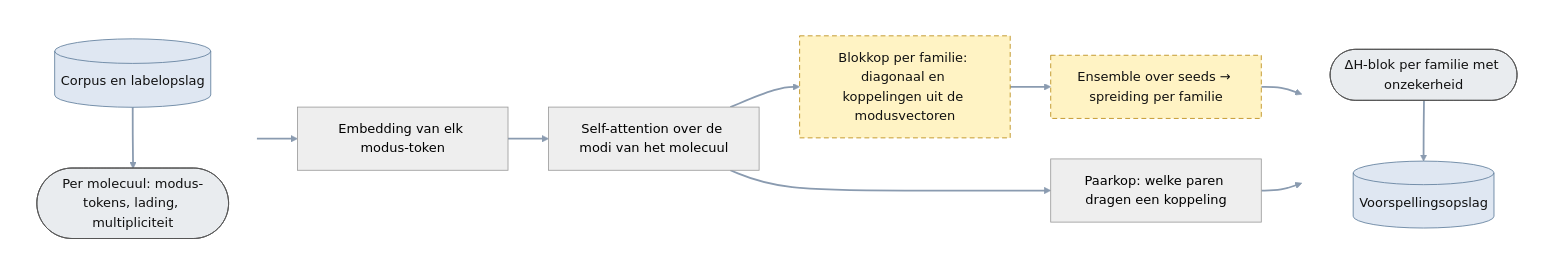
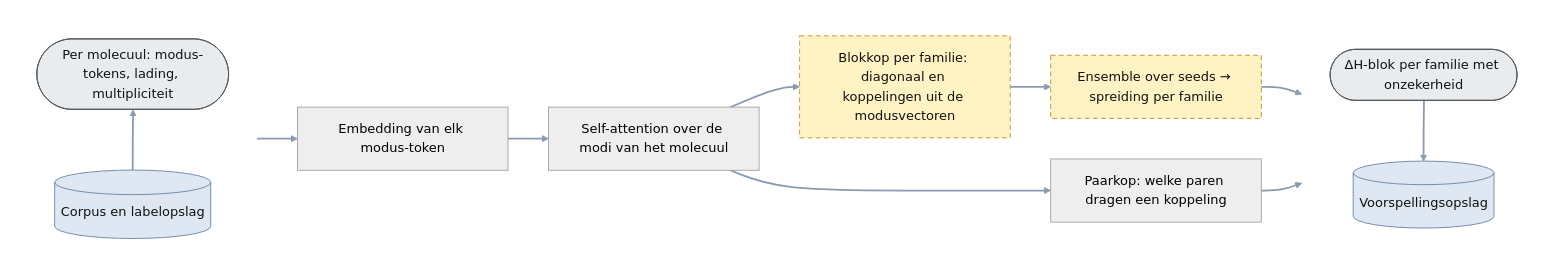
Before and after one commit to thebreadishard/udacity-capstone-plan: the diagram in plans/05_delta-probed-ir-pipeline/GoalGathering/architecture/40_netwerk_componenten.mmd, drawn with Mermaid (neutral theme). The commit also changed 5 other files, not shown here.

Commit message:
Plan 05 architecture: input stores drawn below their data objects with the arrow pointing up (direction BT), output stores below with the arrow down; all sheets

```diff
--- a/plans/05_delta-probed-ir-pipeline/GoalGathering/architecture/40_netwerk_componenten.mmd
+++ b/plans/05_delta-probed-ir-pipeline/GoalGathering/architecture/40_netwerk_componenten.mmd
@@ -1,30 +1,30 @@
 %% Doelarchitectuur — Componenten van het netwerk (niveau 4). Grotendeels nog niet gebouwd.
 %% Rechthoek = processtap; ronde uiteinden = data-object; cilinder = opslag (onder het data-object). Gestippeld = nog niet gebouwd.
 flowchart LR
   linkStyle default stroke:#8a9bb0,stroke-width:2.2px
   classDef planned stroke-dasharray: 6 4,stroke:#b8860b,fill:#fff3c4,color:#111
   classDef data fill:#e9ecef,stroke:#555,color:#111
   classDef store fill:#dfe7f2,stroke:#5b7a99,color:#111
 
   subgraph IN [" "]
-    direction TB
+    direction BT
     INP(["Per molecuul: modus-tokens, lading, multipliciteit"]):::data
     CORPUS[("Corpus en labelopslag")]:::store
     CORPUS --> INP
   end
   EMB["Embedding van elk modus-token"]
   ENC["Self-attention over de modi van het molecuul"]
   BLK["Blokkop per familie: diagonaal en koppelingen uit de modusvectoren"]:::planned
   PAIR["Paarkop: welke paren dragen een koppeling"]
   UNC["Ensemble over seeds → spreiding per familie"]:::planned
   subgraph OUT [" "]
     direction TB
     OUTB(["ΔH-blok per familie met onzekerheid"]):::data
     STORE[("Voorspellingsopslag")]:::store
     OUTB --> STORE
   end
   style IN fill:none,stroke:none
   style OUT fill:none,stroke:none
 
   INP --> EMB --> ENC --> BLK --> UNC --> OUTB
   ENC --> PAIR --> OUTB
```
